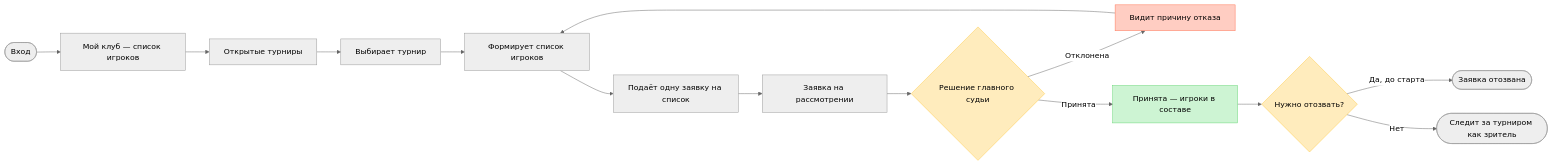
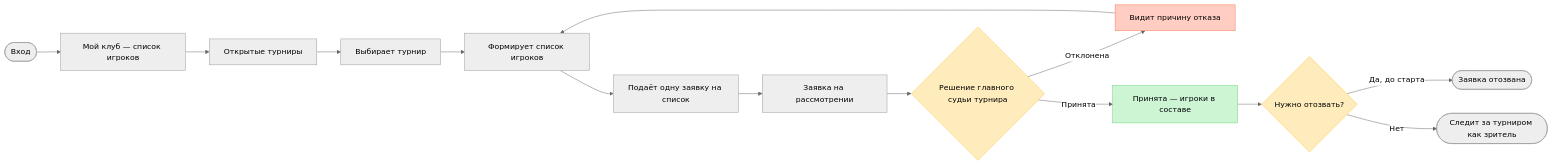
The sixth of 11 diagrams in USERFLOW.md (AssylanAkhanuly/tt_tournament), drawn with Mermaid (neutral theme) before and after one commit. The commit also changed other lines of this file and 3 other files, not shown here.

````diff
--- a/USERFLOW.md
+++ b/USERFLOW.md
@@ -266,35 +358,35 @@
 ```mermaid
 flowchart LR
     login(["Вход"])
     club["Мой клуб — список игроков"]
     browse["Открытые турниры"]
     pick["Выбирает турнир"]
     roster["Формирует список игроков"]
     submit["Подаёт одну заявку на список"]
     pending["Заявка на рассмотрении"]
-    verdict{"Решение главного судьи"}
+    verdict{"Решение главного судьи турнира"}
     rejected["Видит причину отказа"]
     accepted["Принята — игроки в составе"]
     withdraw{"Нужно отозвать?"}
     cancelled(["Заявка отозвана"])
     watch(["Следит за турниром как зритель"])
 
     login --> club
     club --> browse
     browse --> pick
     pick --> roster
     roster --> submit
     submit --> pending
     pending --> verdict
     verdict -->|"Отклонена"| rejected
     rejected --> roster
     verdict -->|"Принята"| accepted
     accepted --> withdraw
     withdraw -->|"Да, до старта"| cancelled
     withdraw -->|"Нет"| watch
 
     style verdict fill:#FFECBD,stroke:#FFC943
     style withdraw fill:#FFECBD,stroke:#FFC943
     style rejected fill:#FFCDC2,stroke:#FF7556
     style accepted fill:#CDF4D3,stroke:#66D575
 ```
````
